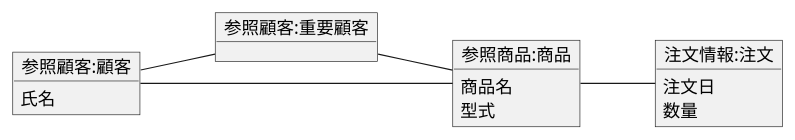
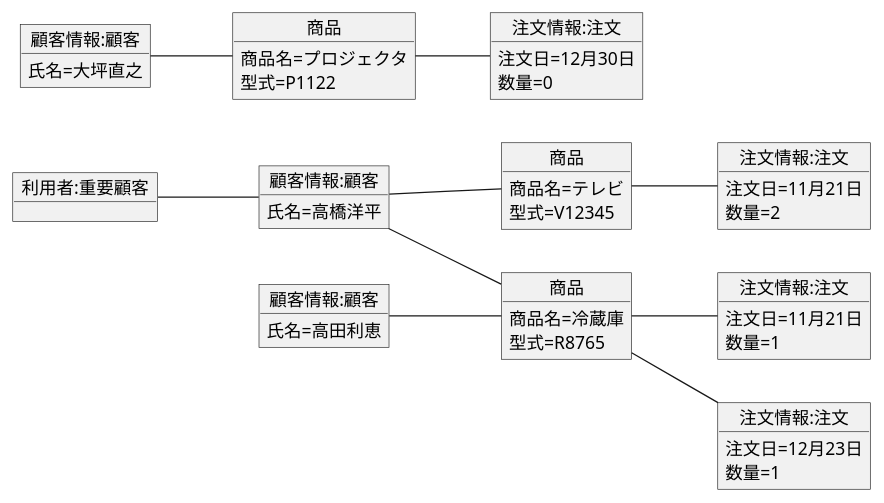
The diagram in 演習3-7_OBJ_注文のオブジェクト図.pu (aikurusii/uml_introduction), drawn with PlantUML before and after one commit. The commit also changed 1 other file, not shown here.

```diff
--- a/演習3-7_OBJ_注文のオブジェクト図.pu
+++ b/演習3-7_OBJ_注文のオブジェクト図.pu
@@ -1,20 +1,52 @@
-@startuml 注文
+@startuml 注文のオブジェクト図
 left to right direction
-object "参照顧客:重要顧客" as  a{
+object "利用者:重要顧客" as  importuser{
 }
-object "参照顧客:顧客" as b {
-氏名
+object "顧客情報:顧客" as u1 {
+氏名=高橋洋平
 }
-object "参照商品:商品" as c {
-商品名
-型式
+object "顧客情報:顧客" as u2 {
+氏名=高田利恵
 }
-object "注文情報:注文" as d {
-注文日
-数量
+object "顧客情報:顧客" as u3 {
+氏名=大坪直之
 }
-b -- a
-a -- c
-b -- c
-c -- d 
+object "商品" as p1 {
+商品名=テレビ
+型式=V12345
+}
+object "商品" as p2 {
+商品名=冷蔵庫
+型式=R8765
+}
+object "商品" as p3 {
+商品名=プロジェクタ
+型式=P1122
+}
+object "注文情報:注文" as o1 {
+注文日=11月21日
+数量=2
+}
+object "注文情報:注文" as o2 {
+注文日=11月21日
+数量=1
+}
+object "注文情報:注文" as o3 {
+注文日=12月23日
+数量=1
+}
+object "注文情報:注文" as o4 {
+注文日=12月30日
+数量=0
+}
+importuser -- u1
+u1 -- p1
+u1 -- p2
+u2 -- p2
+u3 -- p3
+p1 -- o1
+p2 -- o2
+p2 -- o3
+p3 -- o4
+
 @enduml
```
